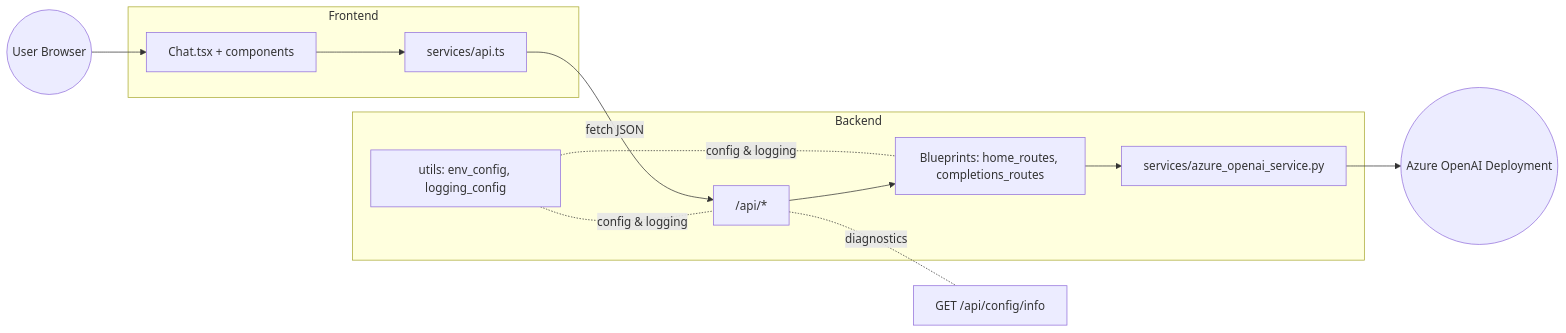
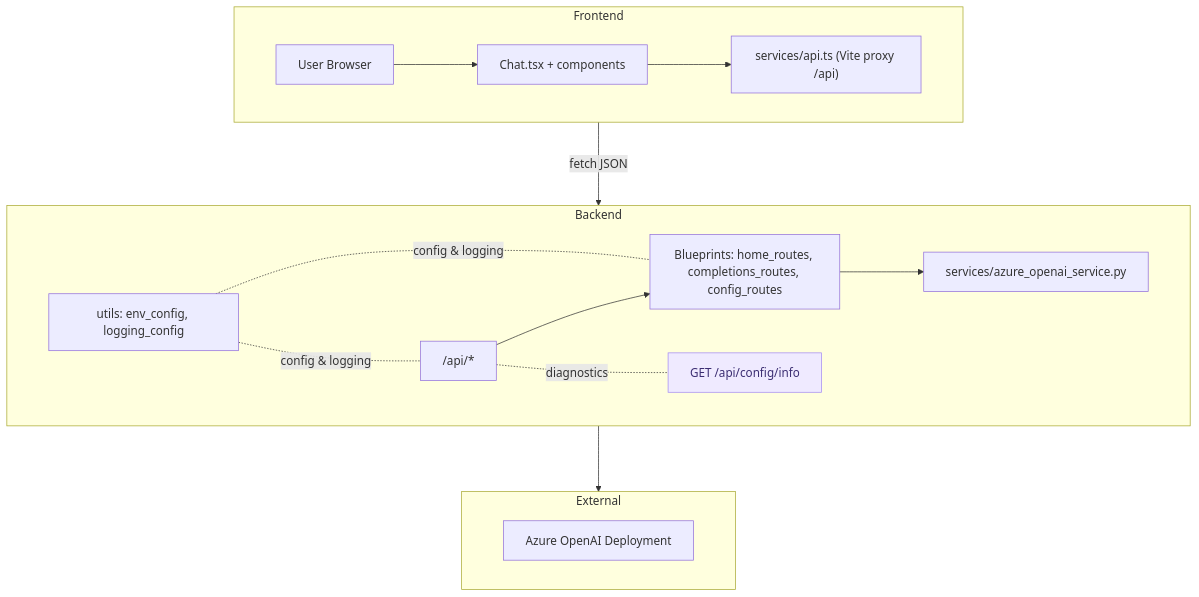
Before and after one commit to Swamy-s-Tech-Skills-Academy-AI-ML-Data/flask-react-aoai-completions: the diagram in README.md, drawn with Mermaid. The commit also changed other lines of this file and 10 other files, not shown here.

````diff
--- a/README.md
+++ b/README.md
@@ -106,26 +104,43 @@
 ```mermaid
-flowchart LR
-  %% Frontend
-  subgraph Frontend
+%%{init: {
+  'flowchart': { 'useMaxWidth': true, 'htmlLabels': true, 'nodeSpacing': 60, 'rankSpacing': 90 },
+  'themeVariables': { 'fontSize': '16px', 'fontFamily': 'Segoe UI, Roboto, Helvetica, Arial' }
+}}%%
+flowchart TB
+
+  %% Row 1 — Frontend
+  subgraph Row1["Frontend"]
+    direction LR
+    Browser["User Browser"]
     UI["Chat.tsx + components"]
-    APIClient["services/api.ts"]
-    UI --> APIClient
+    APIClient["services/api.ts (Vite proxy /api)"]
+    Browser --> UI --> APIClient
   end
 
-  %% Backend
-  subgraph Backend
+  %% Row 2 — Backend
+  subgraph Row2["Backend"]
+    direction LR
     Gateway["/api/*"]
-    Routes["Blueprints: home_routes, completions_routes"]
+    Routes["Blueprints: home_routes, completions_routes, config_routes"]
     Service["services/azure_openai_service.py"]
     Utils["utils: env_config, logging_config"]
+
+    APIClient -- "fetch JSON" --> Gateway
     Gateway --> Routes --> Service
     Utils -. "config & logging" .- Gateway
     Utils -. "config & logging" .- Routes
+
+    ConfigInfo["GET /api/config/info"]:::diag
+    Gateway -. diagnostics .- ConfigInfo
   end
 
-  %% Edges to external services
-  Browser(("User Browser")) --> UI
-  APIClient -- "fetch JSON" --> Gateway
-  Service --> Azure(("Azure OpenAI Deployment"))
-  Gateway -. diagnostics .- ConfigInfo["GET /api/config/info"]
+  classDef diag fill:#efeaff,stroke:#a48cf2,color:#3b2d72;
+
+  %% Row 3 — External
+  subgraph Row3["External"]
+    direction LR
+    Azure["Azure OpenAI Deployment"]
+  end
+
+  Service --> Azure
 ```
````
